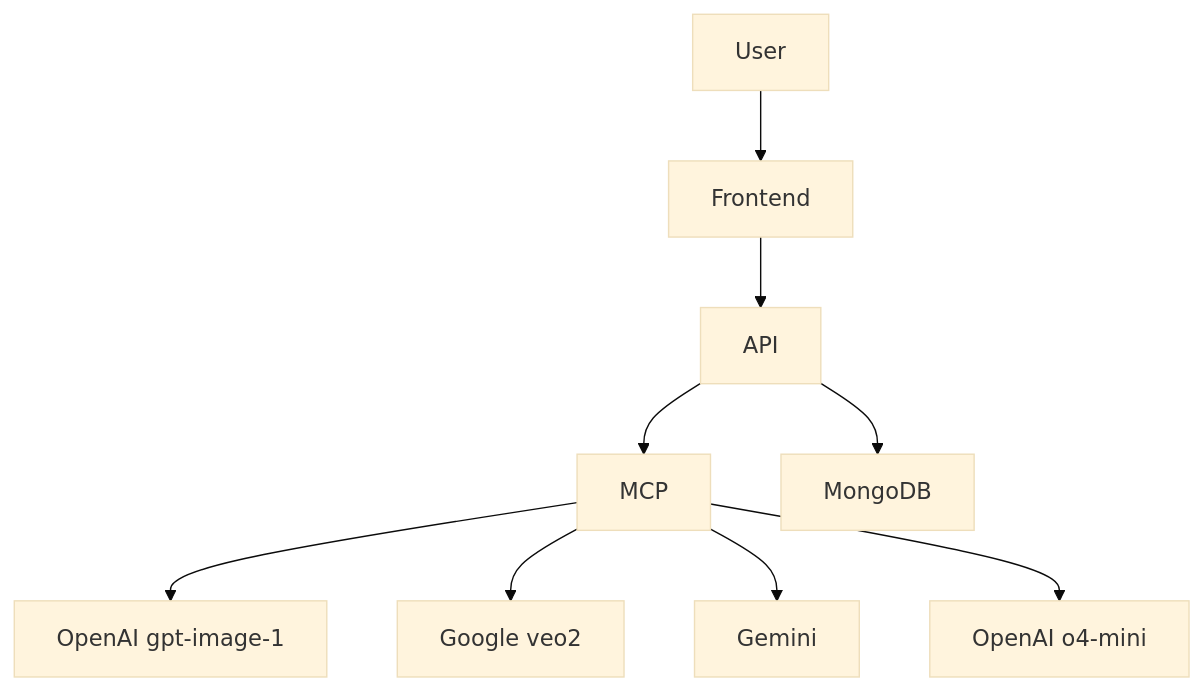
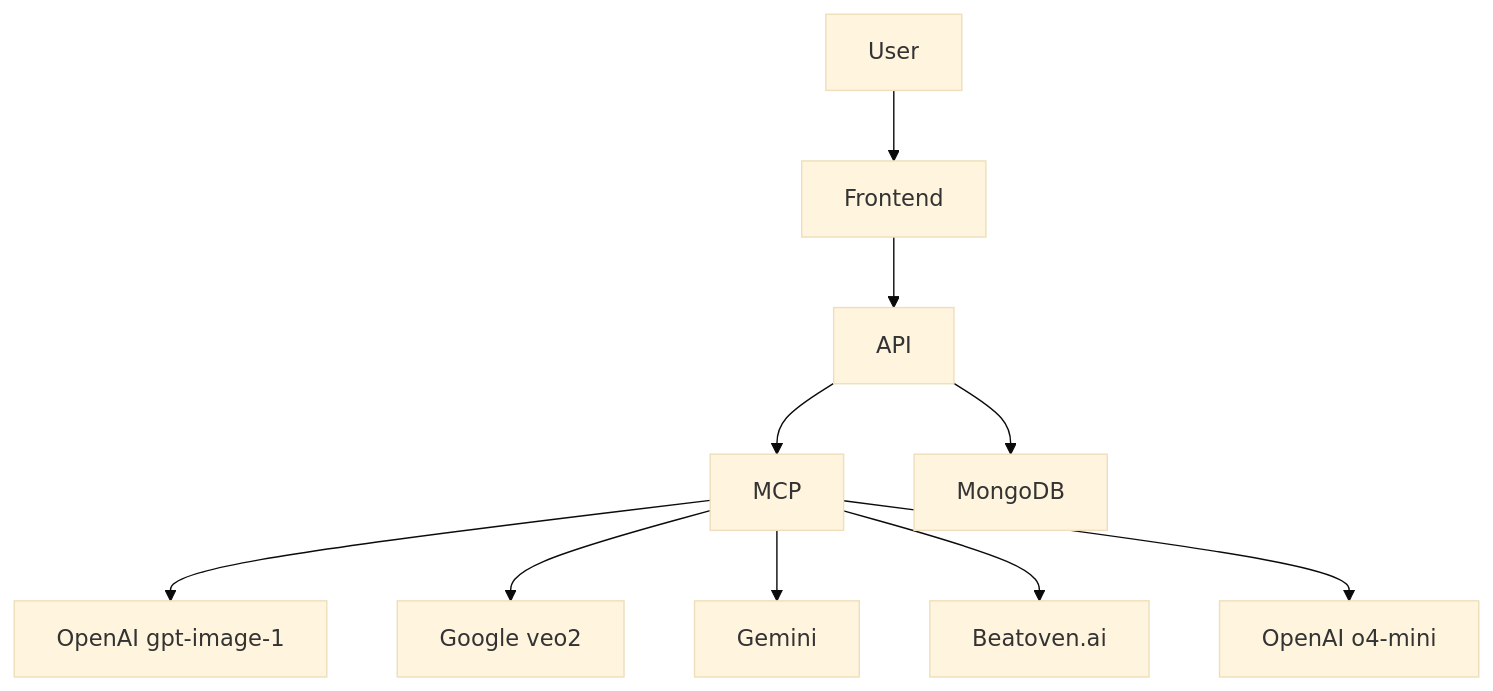
Before and after one commit to sfaison3/project_genesis: the diagram in CLAUDE.md, drawn with Mermaid (base theme). The commit also changed other lines of this file and 4 other files, not shown here.

````diff
--- a/CLAUDE.md
+++ b/CLAUDE.md
@@ -32,11 +39,12 @@
 ```mermaid
 flowchart TD
     User --> Frontend
     Frontend --> API
     API --> MCP
     MCP --> GPTImage1[OpenAI gpt-image-1]
     MCP --> Veo2[Google veo2]
     MCP --> Gemini
+    MCP --> Beatoven.ai
     MCP --> O4Mini[OpenAI o4-mini]
     API --> MongoDB
 ```
````
